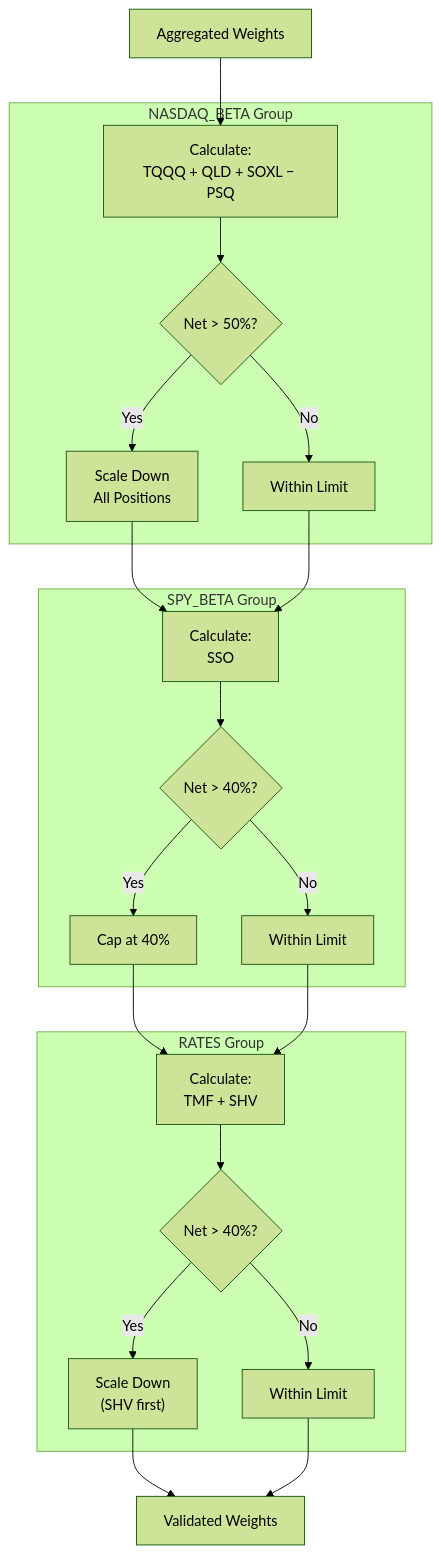
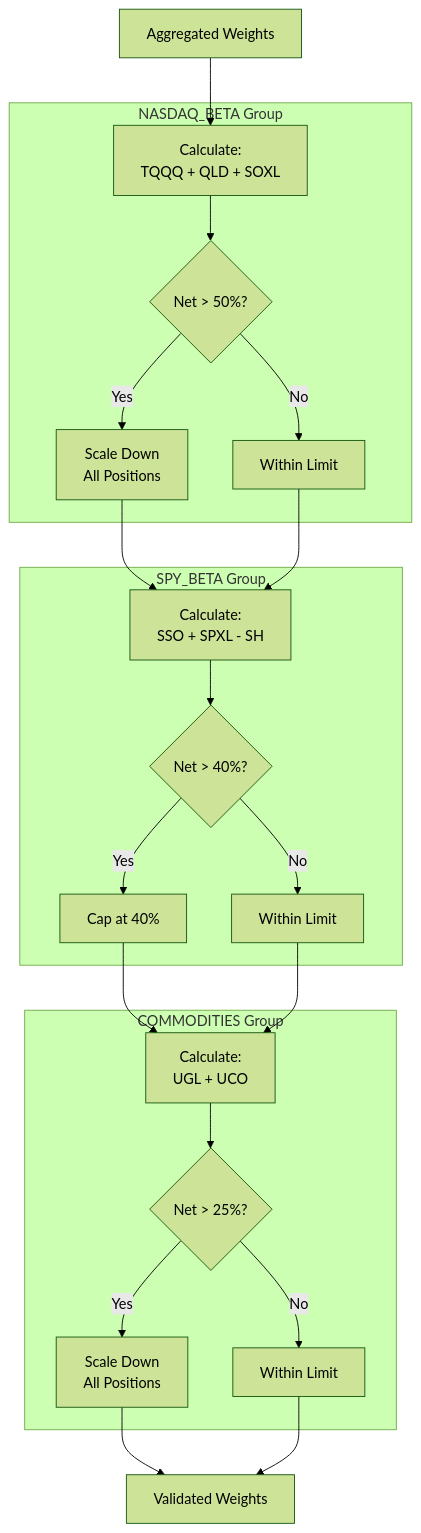
The second of 2 diagrams in docs/system/11-portfolio-router.md (vickdavinci/alpha-nextgen-v2-private), drawn with Mermaid (forest theme) before and after one commit. The commit also changed other lines of this file and 2 other files, not shown here.

First line of the commit message:
docs: V6.11-V6.14 architecture documentation sync

````diff
--- a/docs/system/11-portfolio-router.md
+++ b/docs/system/11-portfolio-router.md
@@ -733,46 +757,46 @@
 ```mermaid
 flowchart TD
     START["Aggregated Weights"]
-    
+
     subgraph NASDAQ["NASDAQ_BETA Group"]
-        N_CALC["Calculate:<br/>TQQQ + QLD + SOXL − PSQ"]
+        N_CALC["Calculate:<br/>TQQQ + QLD + SOXL"]
         N_CHECK{"Net > 50%?"}
         N_SCALE["Scale Down<br/>All Positions"]
         N_OK["Within Limit"]
     end
-    
+
     subgraph SPY["SPY_BETA Group"]
-        S_CALC["Calculate:<br/>SSO"]
+        S_CALC["Calculate:<br/>SSO + SPXL - SH"]
         S_CHECK{"Net > 40%?"}
         S_CAP["Cap at 40%"]
         S_OK["Within Limit"]
     end
-    
-    subgraph RATES["RATES Group"]
-        R_CALC["Calculate:<br/>TMF + SHV"]
-        R_CHECK{"Net > 40%?"}
-        R_SCALE["Scale Down<br/>(SHV first)"]
-        R_OK["Within Limit"]
+
+    subgraph COMMODITIES["COMMODITIES Group"]
+        C_CALC["Calculate:<br/>UGL + UCO"]
+        C_CHECK{"Net > 25%?"}
+        C_SCALE["Scale Down<br/>All Positions"]
+        C_OK["Within Limit"]
     end
-    
+
     VALIDATED["Validated Weights"]
-    
+
     START --> N_CALC
     N_CALC --> N_CHECK
     N_CHECK -->|Yes| N_SCALE
     N_CHECK -->|No| N_OK
     N_SCALE --> S_CALC
     N_OK --> S_CALC
-    
+
     S_CALC --> S_CHECK
     S_CHECK -->|Yes| S_CAP
     S_CHECK -->|No| S_OK
-    S_CAP --> R_CALC
-    S_OK --> R_CALC
-    
-    R_CALC --> R_CHECK
-    R_CHECK -->|Yes| R_SCALE
-    R_CHECK -->|No| R_OK
-    R_SCALE --> VALIDATED
-    R_OK --> VALIDATED
+    S_CAP --> C_CALC
+    S_OK --> C_CALC
+
+    C_CALC --> C_CHECK
+    C_CHECK -->|Yes| C_SCALE
+    C_CHECK -->|No| C_OK
+    C_SCALE --> VALIDATED
+    C_OK --> VALIDATED
 ```
````
